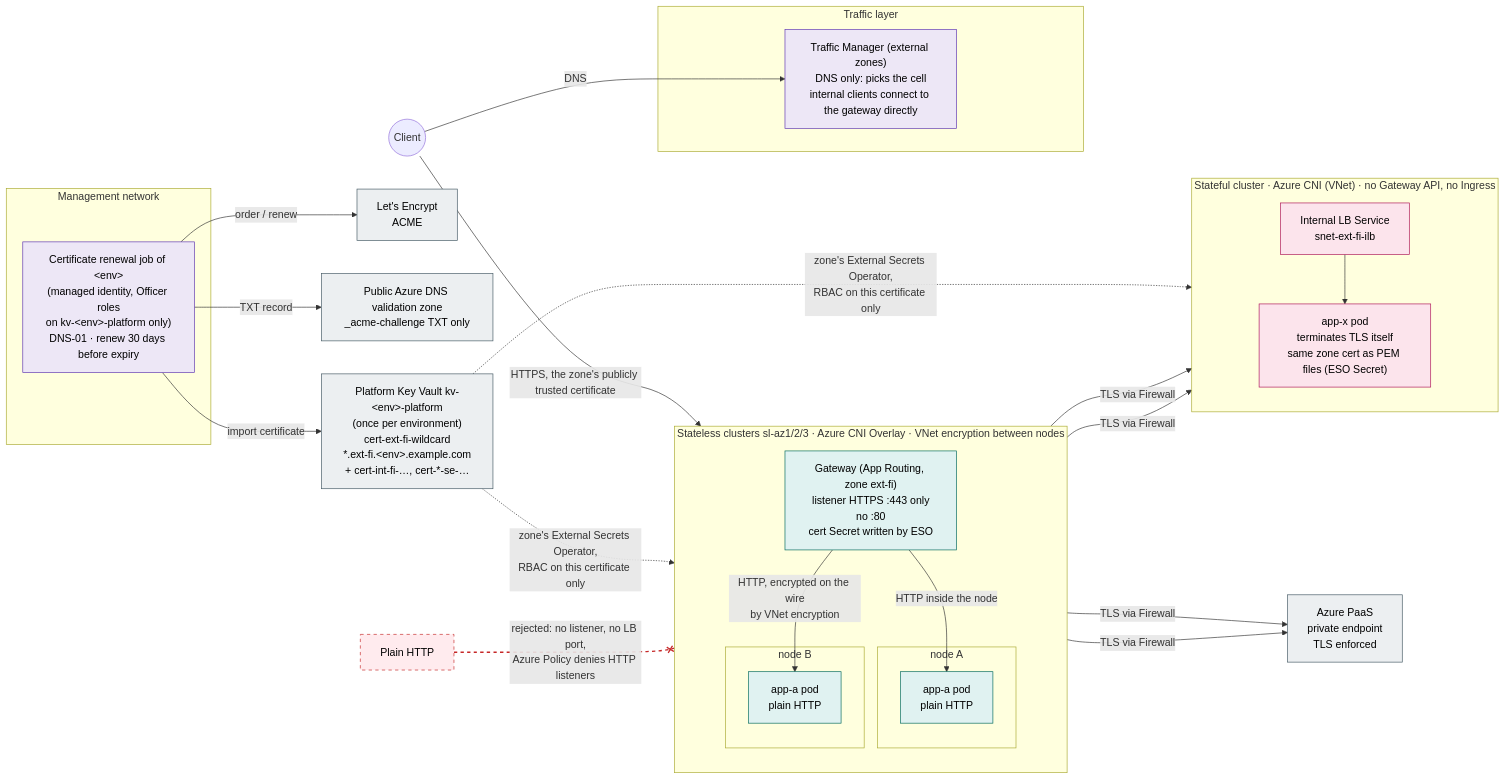
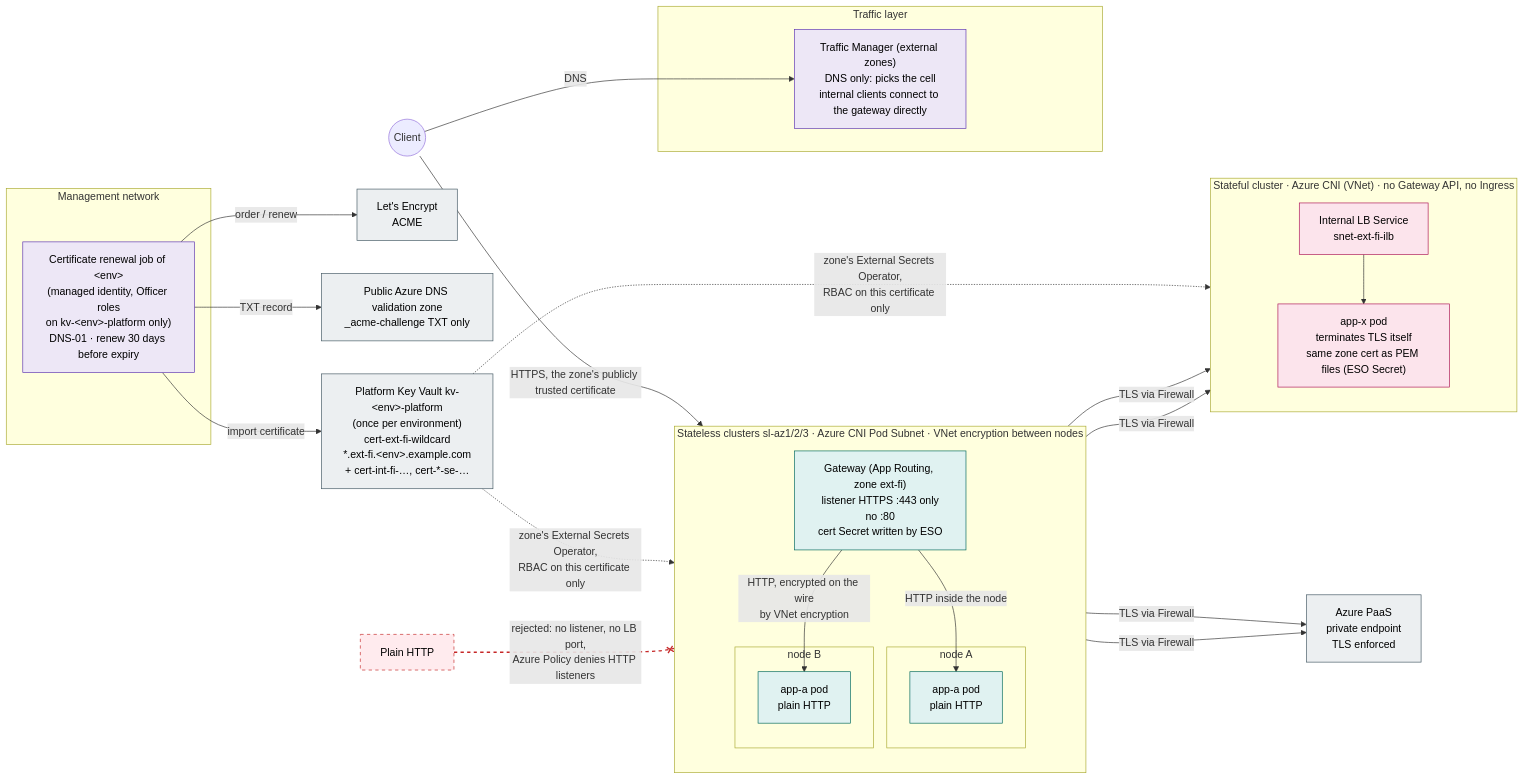
Before and after one commit to onek8s/onek8s.github.io: the diagram in diagrams/4.1-tls-encryption.mmd, drawn with Mermaid. The commit also changed 56 other files, not shown here.

First line of the commit message:
Design v2.0: one cell network (pod subnet), no AKS Automatic, one lab cell (#97)

```diff
--- a/diagrams/4.1-tls-encryption.mmd
+++ b/diagrams/4.1-tls-encryption.mmd
@@ -1,63 +1,63 @@
 %% Encryption in transit. Stateless: TLS ends at the zone's gateway (App Routing) (Let's Encrypt certificate for an internal
 %% name), node-to-node traffic is protected by Azure VNet encryption, so apps need no TLS, mTLS or service mesh.
 %% Stateful: no Gateway API and no Ingress at all, the application terminates TLS on its own internal load balancer.
 %% Certificates are issued once per zone and environment by a job per environment into the environment's single platform
 %% Key Vault and shared by all clusters of that environment.
 flowchart LR
     client(("Client"))
 
     subgraph MGMT["Management network"]
         job["Certificate renewal job of &lt;env&gt;<br/>(managed identity, Officer roles<br/>on kv-&lt;env&gt;-platform only)<br/>DNS-01 · renew 30 days before expiry"]
     end
     le["Let's Encrypt<br/>ACME"]
     pubdns["Public Azure DNS validation zone<br/>_acme-challenge TXT only"]
     kv["Platform Key Vault kv-&lt;env&gt;-platform<br/>(once per environment)<br/>cert-ext-fi-wildcard<br/>*.ext-fi.&lt;env&gt;.example.com<br/>+ cert-int-fi-…, cert-*-se-…"]
 
     subgraph EDGE["Traffic layer"]
         agw["Traffic Manager (external zones)<br/>DNS only: picks the cell<br/>internal clients connect to the gateway directly"]
     end
 
-    subgraph SL["Stateless clusters sl-az1/2/3 · Azure CNI Overlay · VNet encryption between nodes"]
+    subgraph SL["Stateless clusters sl-az1/2/3 · Azure CNI Pod Subnet · VNet encryption between nodes"]
         direction TB
         tr["Gateway (App Routing, zone ext-fi)<br/>listener HTTPS :443 only<br/>no :80<br/>cert Secret written by ESO"]
         subgraph N1["node A"]
             app1["app-a pod<br/>plain HTTP"]
         end
         subgraph N2["node B"]
             app2["app-a pod<br/>plain HTTP"]
         end
     end
 
     subgraph SF["Stateful cluster · Azure CNI (VNet) · no Gateway API, no Ingress"]
         direction TB
         ilb["Internal LB Service<br/>snet-ext-fi-ilb"]
         db["app-x pod<br/>terminates TLS itself<br/>same zone cert as PEM files (ESO Secret)"]
     end
 
     paas["Azure PaaS<br/>private endpoint<br/>TLS enforced"]
     plain["Plain HTTP"]:::off
 
     client -->|"DNS"| agw
     client -->|"HTTPS, the zone's publicly trusted certificate"| tr
     tr -->|"HTTP inside the node"| app1
     tr -->|"HTTP, encrypted on the wire<br/>by VNet encryption"| app2
     app1 & app2 -->|"TLS via Firewall"| ilb --> db
     app1 & app2 -->|"TLS via Firewall"| paas
     job -->|"order / renew"| le
     job -->|"TXT record"| pubdns
     job -->|"import certificate"| kv
     kv -.->|"zone's External Secrets Operator,<br/>RBAC on this certificate only"| tr
     kv -.->|"zone's External Secrets Operator,<br/>RBAC on this certificate only"| db
     plain -.-x|"rejected: no listener, no LB port,<br/>Azure Policy denies HTTP listeners"| tr
 
     linkStyle 14 stroke:#c62828,stroke-width:2px,stroke-dasharray:5 5
 
     classDef hub fill:#ede7f6,stroke:#5e35b1,color:#000
     classDef sl fill:#e0f2f1,stroke:#00695c,color:#000
     classDef sf fill:#fce4ec,stroke:#ad1457,color:#000
     classDef paas fill:#eceff1,stroke:#455a64,color:#000
     classDef off fill:#ffebee,stroke:#c62828,color:#000,stroke-dasharray: 5 5
     class agw,job hub
     class tr,app1,app2 sl
     class ilb,db sf
     class paas,le,pubdns,kv paas
```
